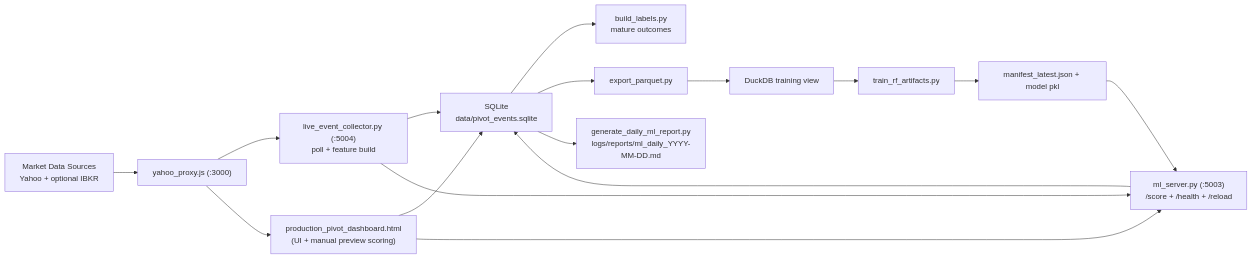
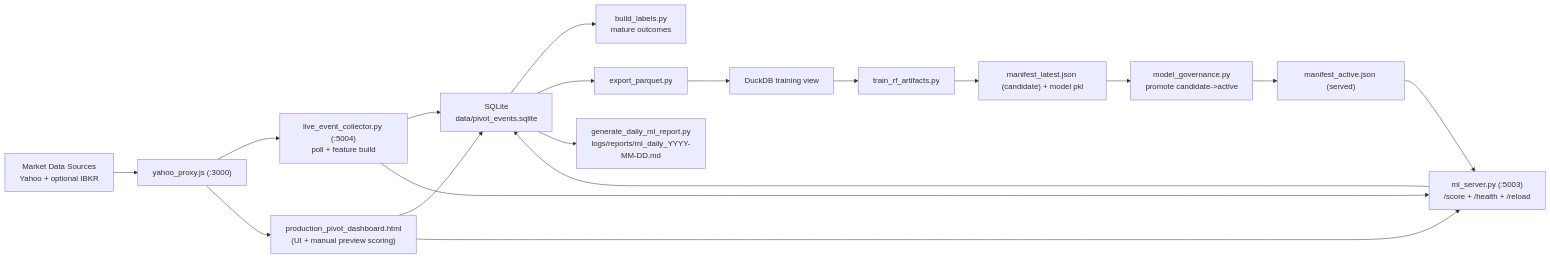
Before and after one commit to sykurtyppi/PIVOT_QUANT: the diagram in SYSTEM.md, drawn with Mermaid. The commit also changed other lines of this file and 6 other files, not shown here.

Commit message:
Add model governance promotion and active manifest flow

````diff
--- a/SYSTEM.md
+++ b/SYSTEM.md
@@ -12,18 +12,20 @@
 ```mermaid
 flowchart LR
     A["Market Data Sources<br/>Yahoo + optional IBKR"] --> B["yahoo_proxy.js (:3000)"]
     B --> C["live_event_collector.py (:5004)<br/>poll + feature build"]
     B --> D["production_pivot_dashboard.html<br/>(UI + manual preview scoring)"]
     C --> E["SQLite<br/>data/pivot_events.sqlite"]
     D --> E
     E --> F["build_labels.py<br/>mature outcomes"]
     E --> G["export_parquet.py"]
     G --> H["DuckDB training view"]
     H --> I["train_rf_artifacts.py"]
-    I --> J["manifest_latest.json + model pkl"]
-    J --> K["ml_server.py (:5003)<br/>/score + /health + /reload"]
+    I --> J["manifest_latest.json (candidate) + model pkl"]
+    J --> J2["model_governance.py<br/>promote candidate->active"]
+    J2 --> J3["manifest_active.json (served)"]
+    J3 --> K["ml_server.py (:5003)<br/>/score + /health + /reload"]
     C --> K
     D --> K
     K --> E
     E --> L["generate_daily_ml_report.py<br/>logs/reports/ml_daily_YYYY-MM-DD.md"]
 ```
````
